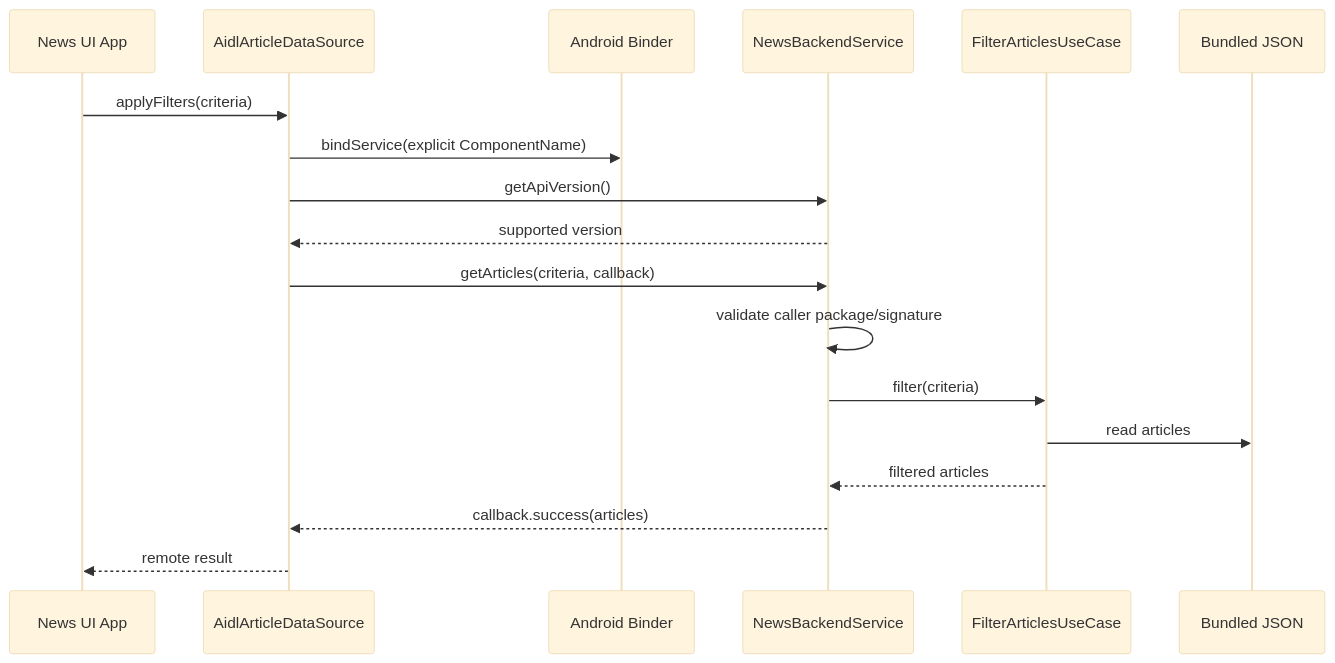
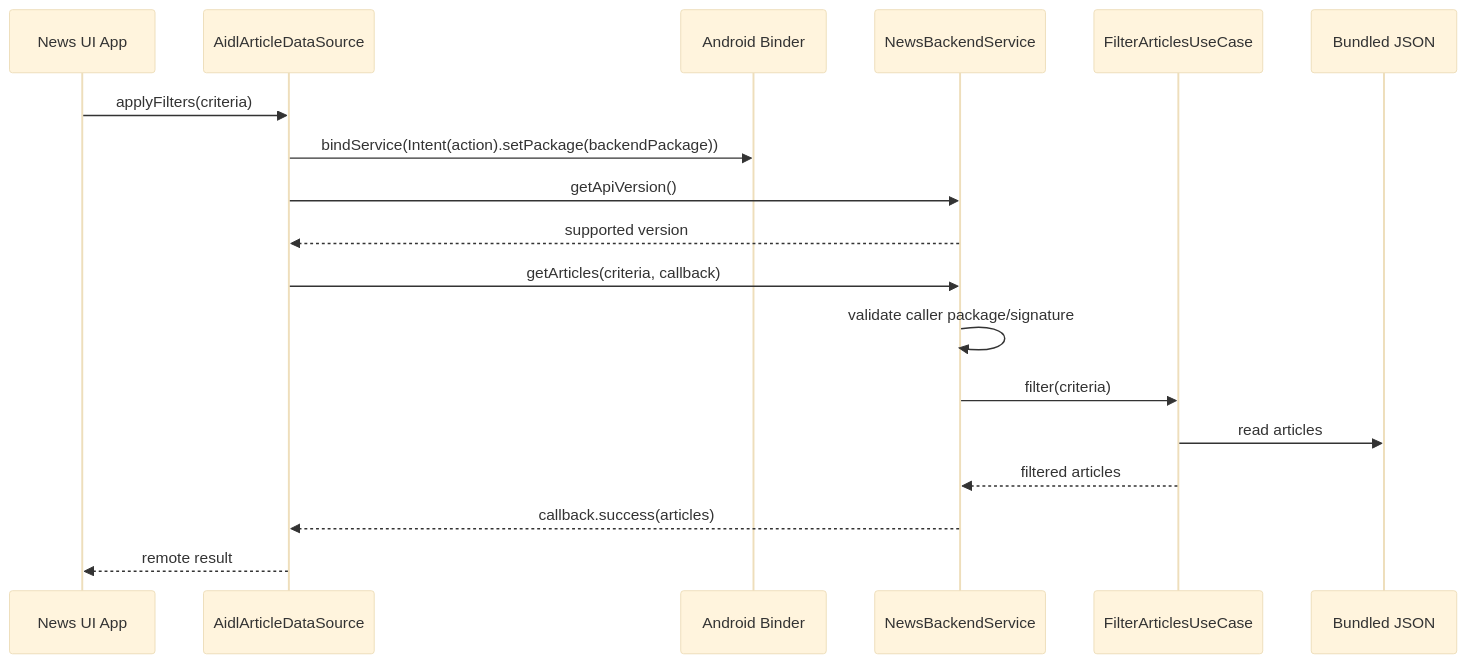
The third of 9 diagrams in DESIGN.md (Yaniv-Benhaim/unity-news-app), drawn with Mermaid (base theme) before and after one commit. The commit also changed other lines of this file, not shown here.

````diff
--- a/DESIGN.md
+++ b/DESIGN.md
@@ -127,21 +127,21 @@
 ```mermaid
 sequenceDiagram
     participant UI as News UI App
     participant Client as AidlArticleDataSource
     participant Binder as Android Binder
     participant Service as NewsBackendService
     participant UseCase as FilterArticlesUseCase
     participant Assets as Bundled JSON
 
     UI->>Client: applyFilters(criteria)
-    Client->>Binder: bindService(explicit ComponentName)
+    Client->>Binder: bindService(Intent(action).setPackage(backendPackage))
     Client->>Service: getApiVersion()
     Service-->>Client: supported version
     Client->>Service: getArticles(criteria, callback)
     Service->>Service: validate caller package/signature
     Service->>UseCase: filter(criteria)
     UseCase->>Assets: read articles
     UseCase-->>Service: filtered articles
     Service-->>Client: callback.success(articles)
     Client-->>UI: remote result
 ```
````
